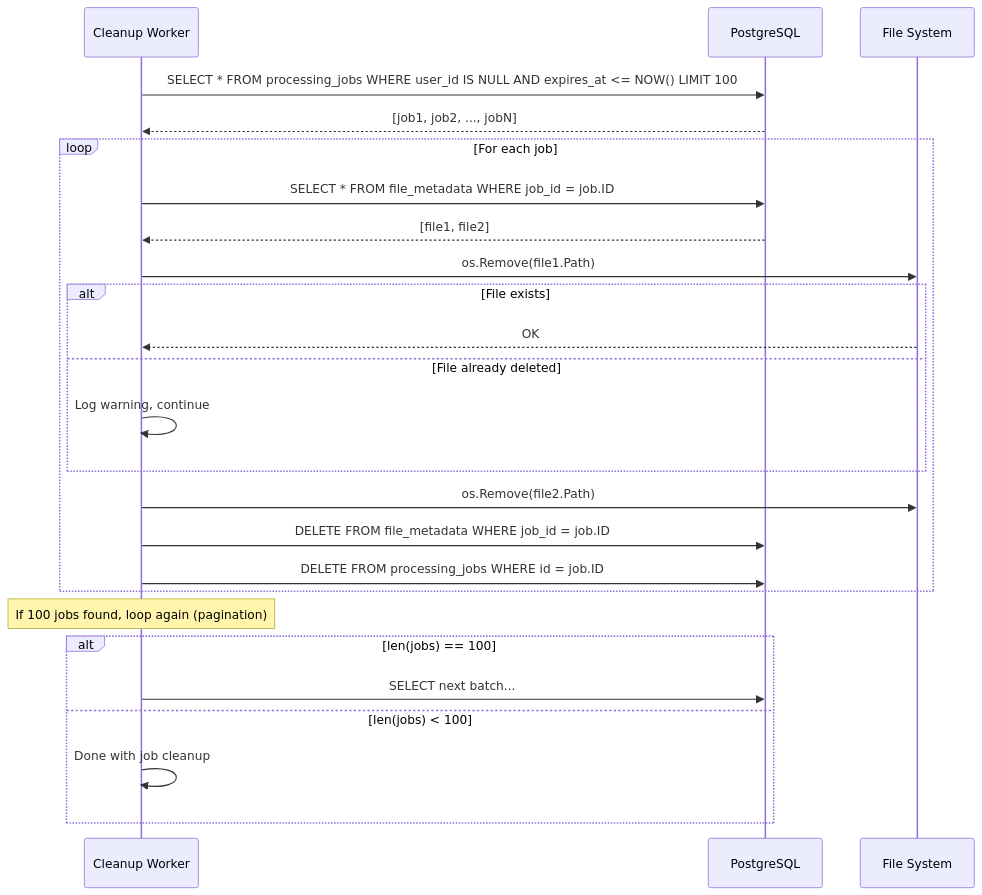
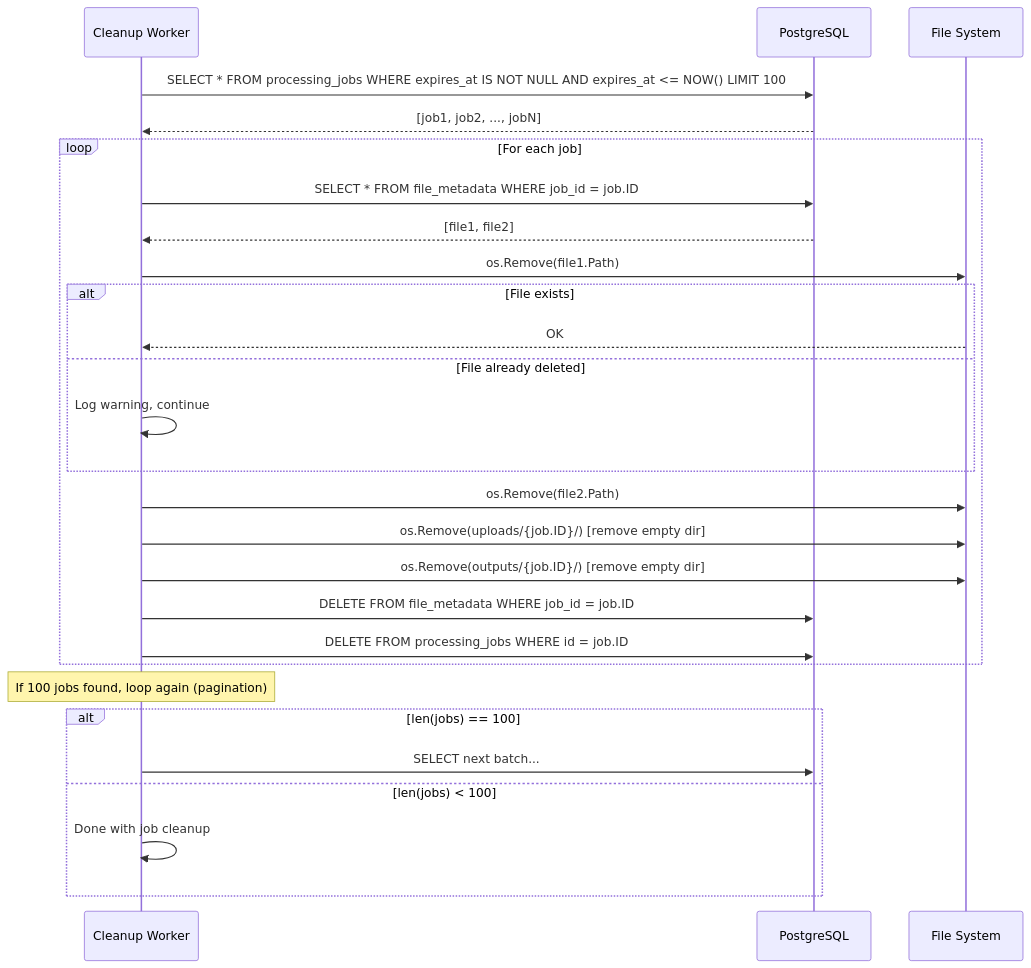
The second of 4 diagrams in docs/services/CLEANUP_WORKER.md (Prachidubey2003/fyredocs_backend), drawn with Mermaid before and after one commit. The commit also changed other lines of this file and 12 other files, not shown here.

````diff
--- a/docs/services/CLEANUP_WORKER.md
+++ b/docs/services/CLEANUP_WORKER.md
@@ -496,32 +528,34 @@
 ```mermaid
 sequenceDiagram
     participant CW as Cleanup Worker
     participant DB as PostgreSQL
     participant FS as File System
 
-    CW->>DB: SELECT * FROM processing_jobs WHERE user_id IS NULL AND expires_at <= NOW() LIMIT 100
+    CW->>DB: SELECT * FROM processing_jobs WHERE expires_at IS NOT NULL AND expires_at <= NOW() LIMIT 100
     DB-->>CW: [job1, job2, ..., jobN]
 
     loop For each job
         CW->>DB: SELECT * FROM file_metadata WHERE job_id = job.ID
         DB-->>CW: [file1, file2]
 
         CW->>FS: os.Remove(file1.Path)
         alt File exists
             FS-->>CW: OK
         else File already deleted
             CW->>CW: Log warning, continue
         end
 
         CW->>FS: os.Remove(file2.Path)
+        CW->>FS: os.Remove(uploads/{job.ID}/) [remove empty dir]
+        CW->>FS: os.Remove(outputs/{job.ID}/) [remove empty dir]
         CW->>DB: DELETE FROM file_metadata WHERE job_id = job.ID
         CW->>DB: DELETE FROM processing_jobs WHERE id = job.ID
     end
 
     Note over CW: If 100 jobs found, loop again (pagination)
     alt len(jobs) == 100
         CW->>DB: SELECT next batch...
     else len(jobs) < 100
         CW->>CW: Done with job cleanup
     end
 ```
````
